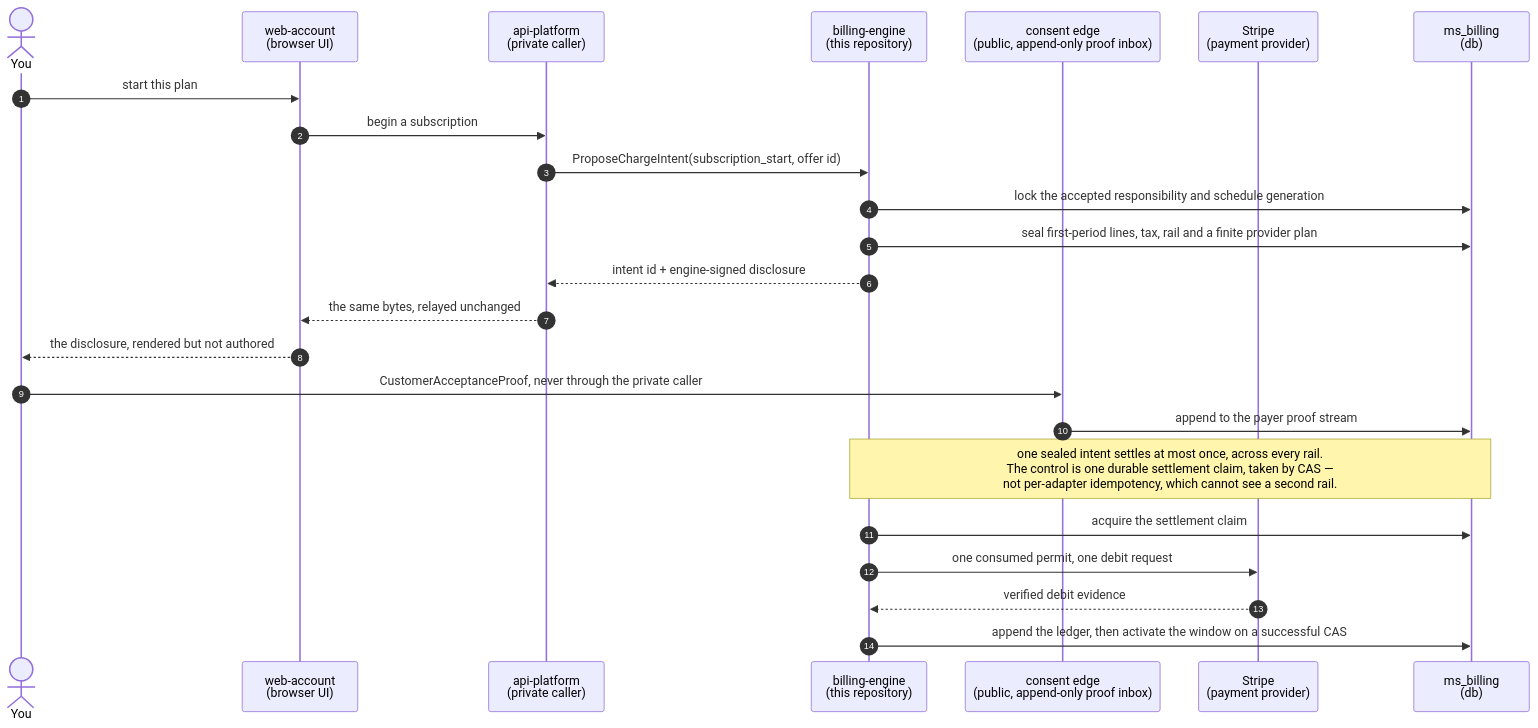
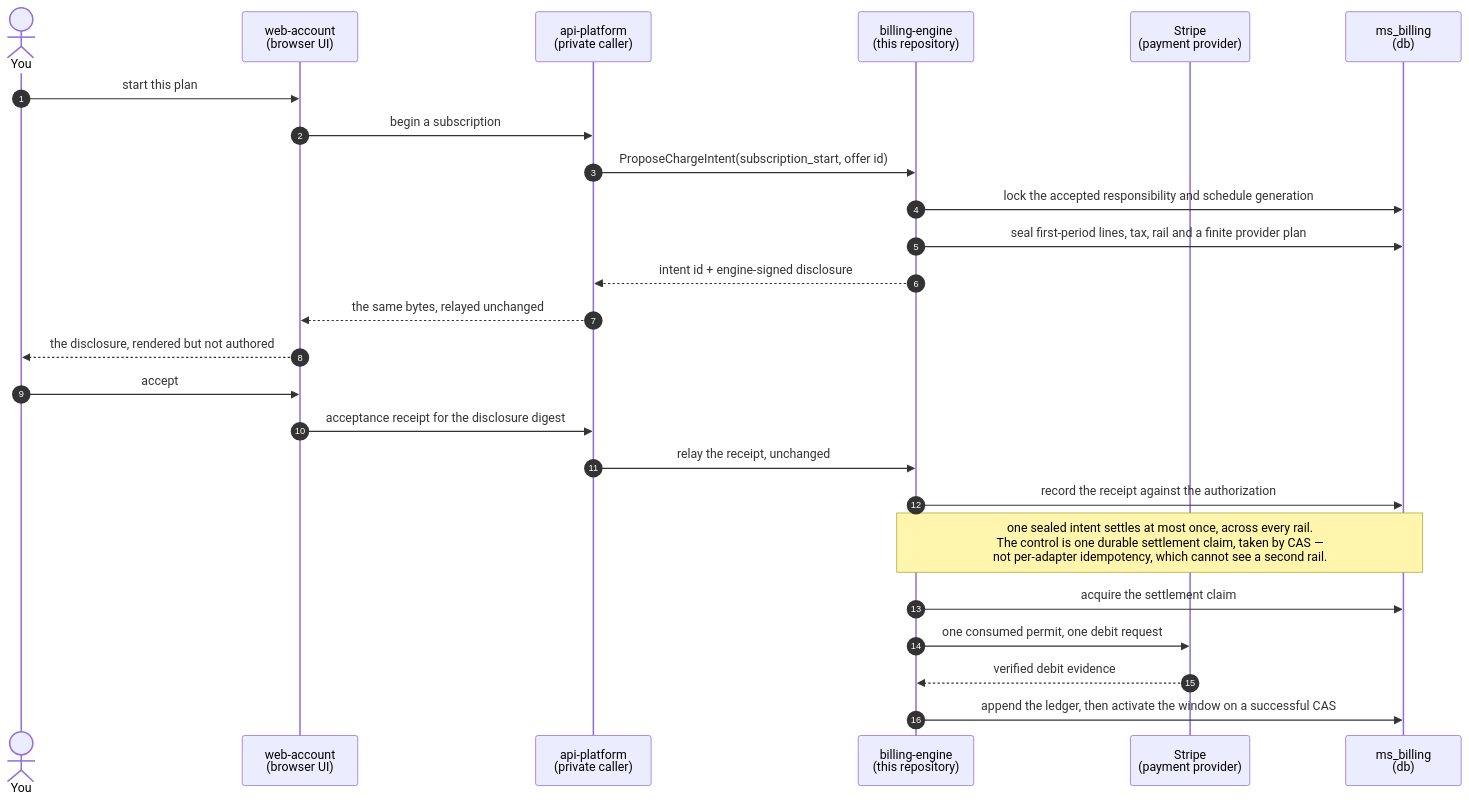
The fifth of 6 diagrams in README.md (mirrorstack-ai/billing-engine), drawn with Mermaid before and after one commit. The commit also changed other lines of this file and 3 other files, not shown here.

````diff
--- a/README.md
+++ b/README.md
@@ -333,29 +338,30 @@
 ```mermaid
 sequenceDiagram
     autonumber
     actor You
     participant WA as web-account<br/>(browser UI)
     participant AP as api-platform<br/>(private caller)
     participant Engine as billing-engine<br/>(this repository)
-    participant Edge as consent edge<br/>(public, append-only proof inbox)
     participant Stripe as Stripe<br/>(payment provider)
     participant DB as ms_billing<br/>(db)
 
     You->>WA: start this plan
     WA->>AP: begin a subscription
     AP->>Engine: ProposeChargeIntent(subscription_start, offer id)
     Engine->>DB: lock the accepted responsibility and schedule generation
     Engine->>DB: seal first-period lines, tax, rail and a finite provider plan
     Engine-->>AP: intent id + engine-signed disclosure
     AP-->>WA: the same bytes, relayed unchanged
     WA-->>You: the disclosure, rendered but not authored
-    You->>Edge: CustomerAcceptanceProof, never through the private caller
-    Edge->>DB: append to the payer proof stream
+    You->>WA: accept
+    WA->>AP: acceptance receipt for the disclosure digest
+    AP->>Engine: relay the receipt, unchanged
+    Engine->>DB: record the receipt against the authorization
 
     Note over Engine,DB: one sealed intent settles at most once, across every rail.<br/>The control is one durable settlement claim, taken by CAS —<br/>not per-adapter idempotency, which cannot see a second rail.
 
     Engine->>DB: acquire the settlement claim
     Engine->>Stripe: one consumed permit, one debit request
     Stripe-->>Engine: verified debit evidence
     Engine->>DB: append the ledger, then activate the window on a successful CAS
 ```
````
